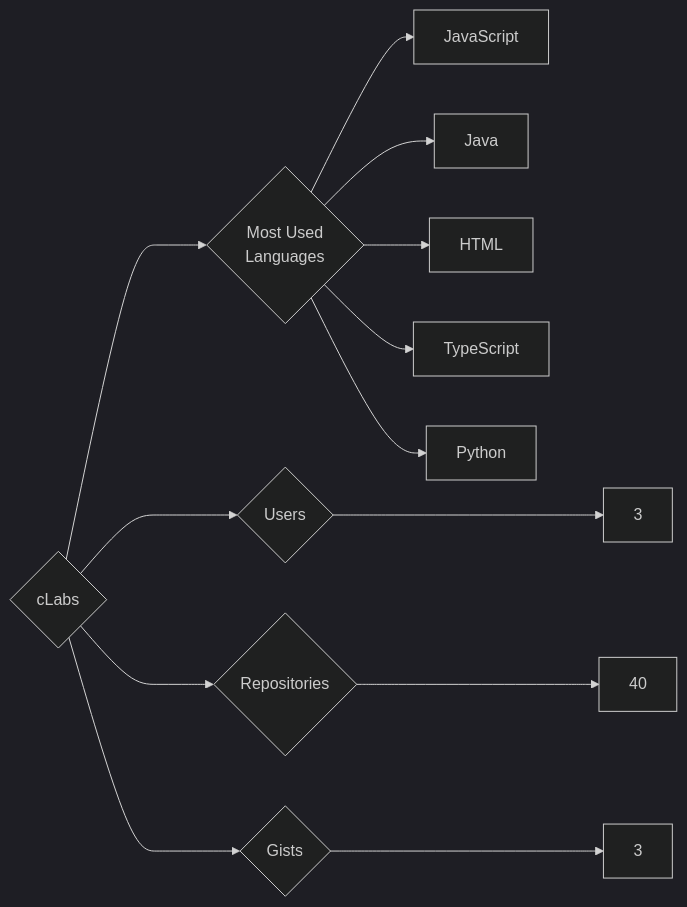
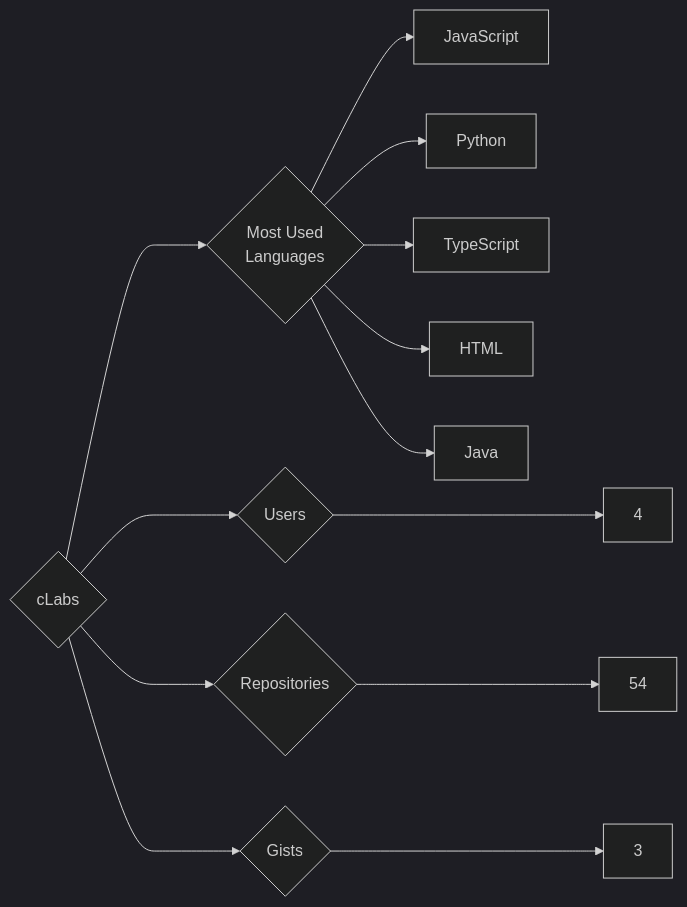
One commit to trickest/insiders changed the diagram in targets/cLabs/README.md. Above: the diagram before and after it, drawn with Mermaid (dark theme). The commit also changed 873 other files, not shown here.

````diff
--- a/targets/cLabs/README.md
+++ b/targets/cLabs/README.md
@@ -3,13 +3,13 @@
 ```mermaid
 graph LR
 COMPANY_NAME{cLabs}
-COMPANY_NAME ---> U{Users} ---> UN[3]
-COMPANY_NAME ---> R{Repositories} ---> RN[40]
+COMPANY_NAME ---> U{Users} ---> UN[4]
+COMPANY_NAME ---> R{Repositories} ---> RN[54]
 COMPANY_NAME ---> G{Gists} ---> GN[3]
 COMPANY_NAME ---> ML{Most Used<br>Languages}
 ML --> JavaScript[JavaScript]
+ML --> Python[Python]
+ML --> TypeScript[TypeScript]
+ML --> HTML[HTML]
 ML --> Java[Java]
-ML --> HTML[HTML]
-ML --> TypeScript[TypeScript]
-ML --> Python[Python]
 ```
````
